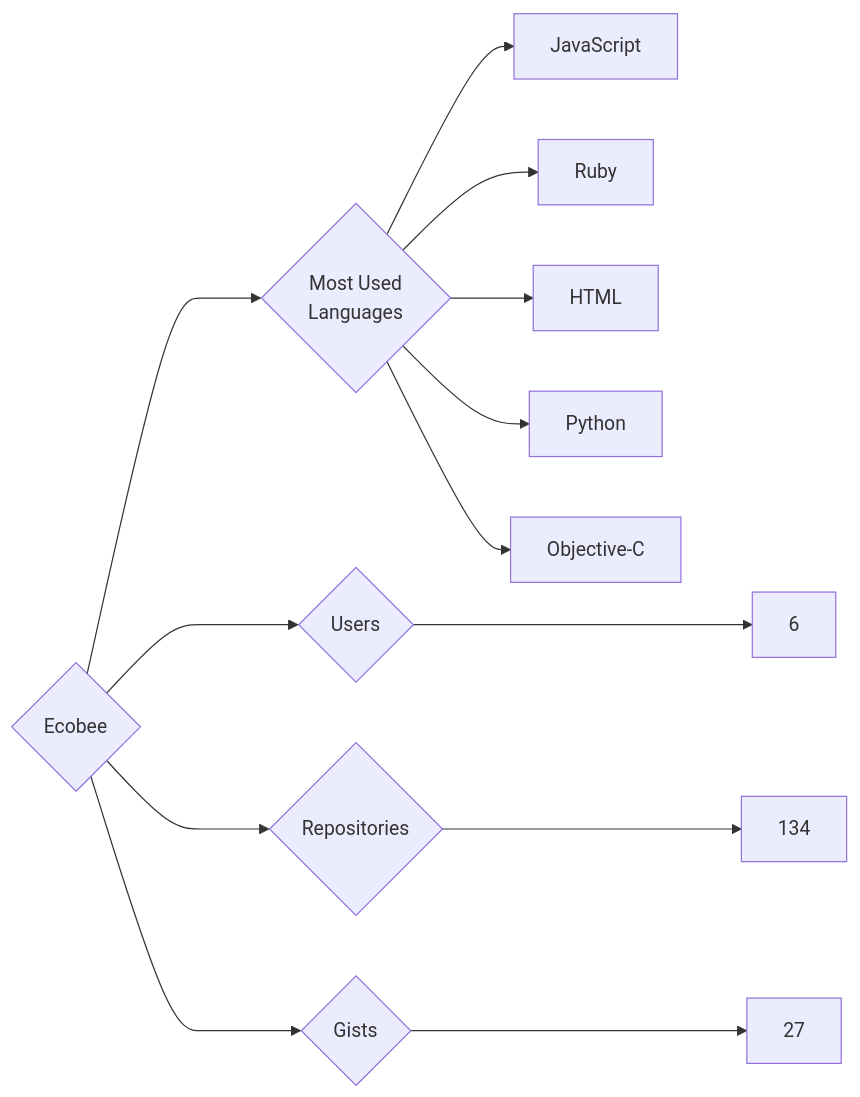
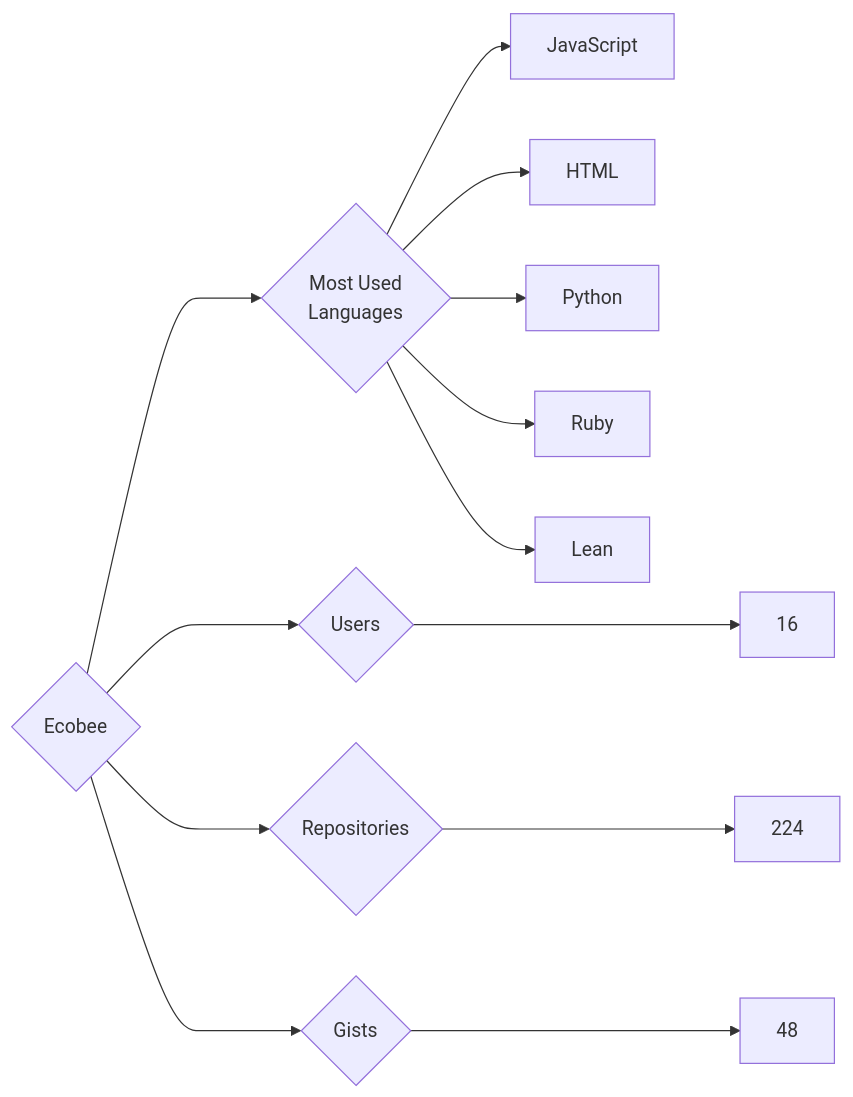
Before and after one commit to trickest/insiders: the diagram in targets/Ecobee/README.md, drawn with Mermaid. The commit also changed 845 other files, not shown here.

````diff
--- a/targets/Ecobee/README.md
+++ b/targets/Ecobee/README.md
@@ -3,13 +3,13 @@
 ```mermaid
 graph LR
 COMPANY_NAME{Ecobee}
-COMPANY_NAME ---> U{Users} ---> UN[6]
-COMPANY_NAME ---> R{Repositories} ---> RN[134]
-COMPANY_NAME ---> G{Gists} ---> GN[27]
+COMPANY_NAME ---> U{Users} ---> UN[16]
+COMPANY_NAME ---> R{Repositories} ---> RN[224]
+COMPANY_NAME ---> G{Gists} ---> GN[48]
 COMPANY_NAME ---> ML{Most Used<br>Languages}
 ML --> JavaScript[JavaScript]
-ML --> Ruby[Ruby]
 ML --> HTML[HTML]
 ML --> Python[Python]
-ML --> Objective-C[Objective-C]
+ML --> Ruby[Ruby]
+ML --> Lean[Lean]
 ```
````
